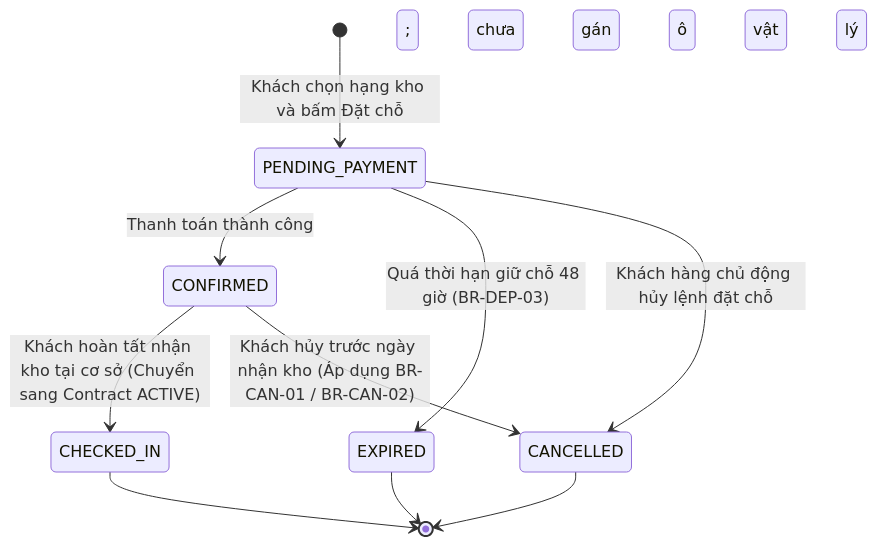
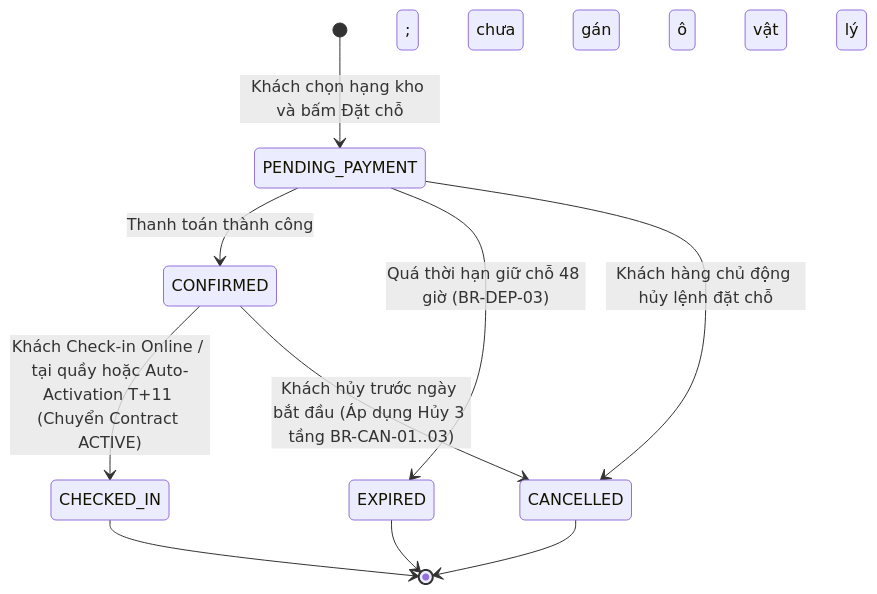
Before and after one commit to Nguyen-Van-Gia-Binh/Self-Storage-Facility-Rental-and-Management-System: the tenth of 17 diagrams in docs/DEFENSE-SPECIFICATION.md, drawn with Mermaid. The commit also changed other lines of this file and 6 other files, not shown here.

````diff
--- a/docs/DEFENSE-SPECIFICATION.md
+++ b/docs/DEFENSE-SPECIFICATION.md
@@ -520,14 +519,14 @@
 ```mermaid
 stateDiagram-v2
     [*] --> PENDING_PAYMENT : Khách chọn hạng kho và bấm Đặt chỗ
     PENDING_PAYMENT --> CONFIRMED : Thanh toán thành công; chưa gán ô vật lý
     PENDING_PAYMENT --> EXPIRED : Quá thời hạn giữ chỗ 48 giờ (BR-DEP-03)
     PENDING_PAYMENT --> CANCELLED : Khách hàng chủ động hủy lệnh đặt chỗ
 
-    CONFIRMED --> CHECKED_IN : Khách hoàn tất nhận kho tại cơ sở (Chuyển sang Contract ACTIVE)
-    CONFIRMED --> CANCELLED : Khách hủy trước ngày nhận kho (Áp dụng BR-CAN-01 / BR-CAN-02)
+    CONFIRMED --> CHECKED_IN : Khách Check-in Online / tại quầy hoặc Auto-Activation T+11 (Chuyển Contract ACTIVE)
+    CONFIRMED --> CANCELLED : Khách hủy trước ngày bắt đầu (Áp dụng Hủy 3 tầng BR-CAN-01..03)
 
     CHECKED_IN --> [*]
     EXPIRED --> [*]
     CANCELLED --> [*]
 ```
````
